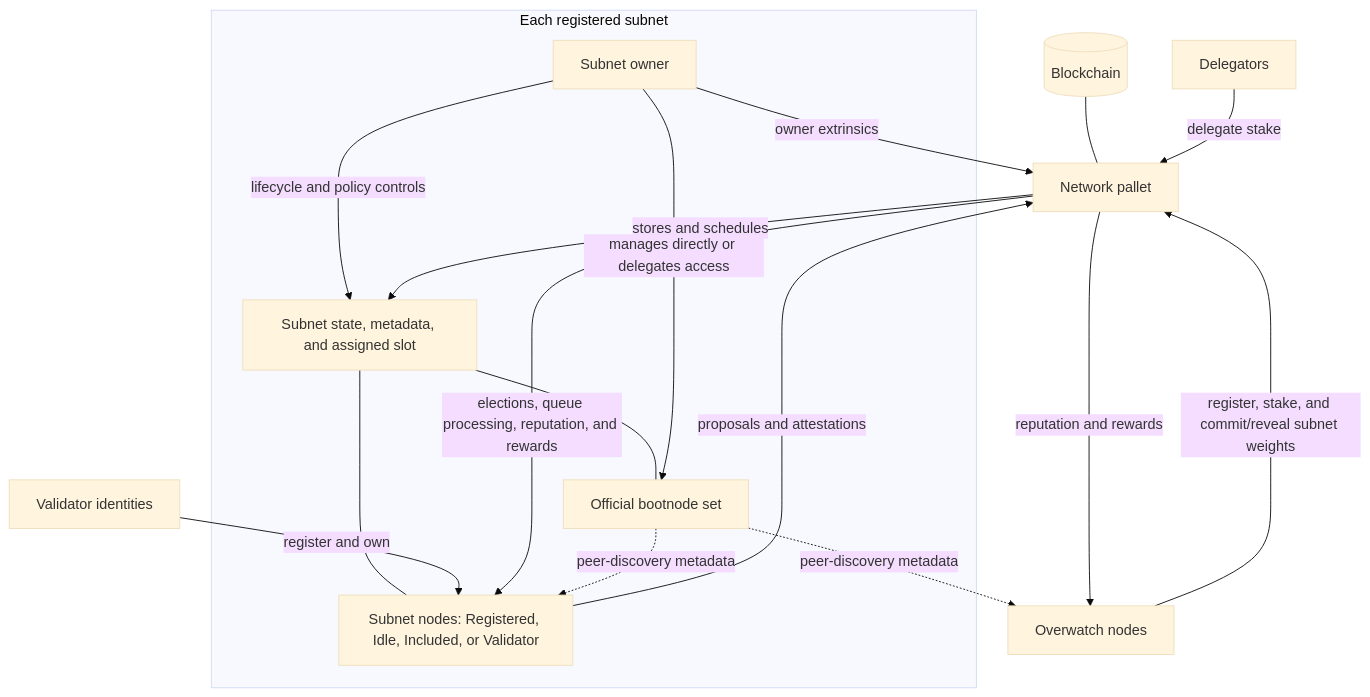
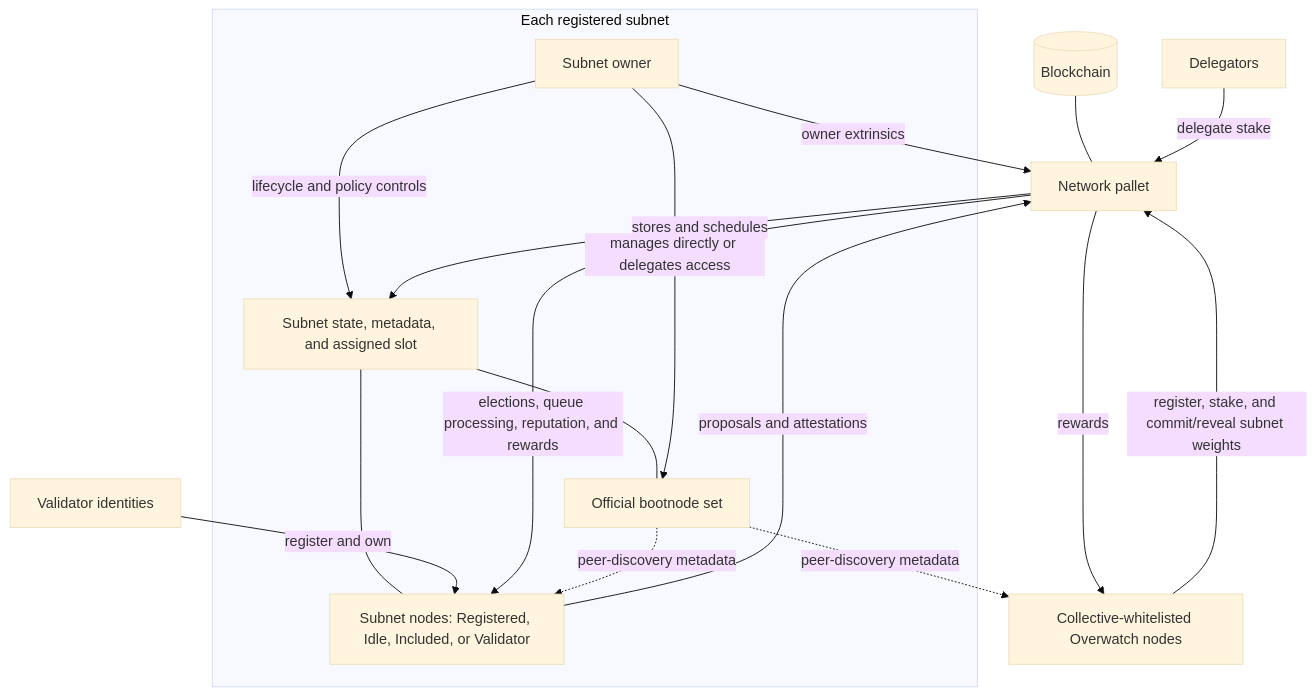
The diagram in pallets/network/ARCHITECTURE.md (hayotensor/hypertensor-blockchain), drawn with Mermaid (base theme) before and after one commit. The commit also changed other lines of this file and 69 other files, not shown here.

Commit message:
consensus slot flow

````diff
--- a/pallets/network/ARCHITECTURE.md
+++ b/pallets/network/ARCHITECTURE.md
@@ -7,25 +7,25 @@
 ```mermaid
 flowchart TB
     B[(Blockchain)] --- P[Network pallet]
 
-    O[Overwatch nodes] -->|register, stake, and commit/reveal subnet weights| P
-    P -->|reputation and rewards| O
+    O[Collective-whitelisted Overwatch nodes] -->|register, stake, and commit/reveal subnet weights| P
+    P -->|rewards| O
 
     V[Validator identities]
     D[Delegators] -->|delegate stake| P
 
     subgraph S[Each registered subnet]
         SO[Subnet owner] -->|lifecycle and policy controls| SD[Subnet state, metadata, and assigned slot]
         SD --- N[Subnet nodes: Registered, Idle, Included, or Validator]
         SD --- BN[Official bootnode set]
     end
 
     V -->|register and own| N
     SO -->|owner extrinsics| P
     N -->|proposals and attestations| P
     P -->|elections, queue processing, reputation, and rewards| N
     P -->|stores and schedules| SD
     SO -->|manages directly or delegates access| BN
     BN -.->|peer-discovery metadata| N
     BN -.->|peer-discovery metadata| O
 ```
````
